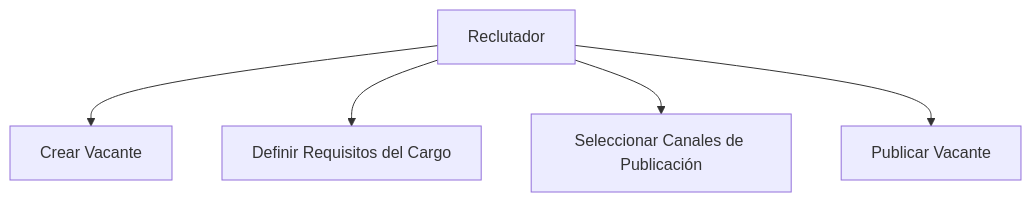
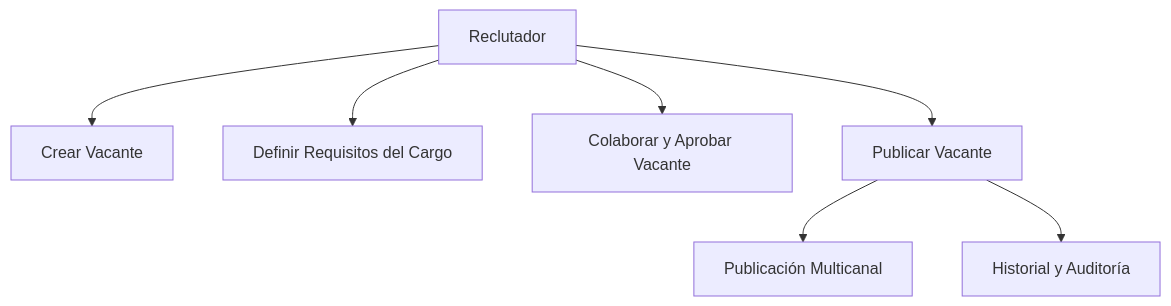
Before and after one commit to LIDR-academy/AI4Devs-design-1-RO-1: the first of 8 diagrams in LTI-JFG.md, drawn with Mermaid. The commit also changed other lines of this file, not shown here.

````diff
--- a/LTI-JFG.md
+++ b/LTI-JFG.md
@@ -137,7 +147,9 @@
 ```mermaid
 graph TD;
     A[Reclutador] --> B[Crear Vacante]
     A --> C[Definir Requisitos del Cargo]
-    A --> D[Seleccionar Canales de Publicación]
+    A --> D[Colaborar y Aprobar Vacante]
     A --> E[Publicar Vacante]
+    E --> F[Publicación Multicanal]
+    E --> G[Historial y Auditoría]
 ```
````
